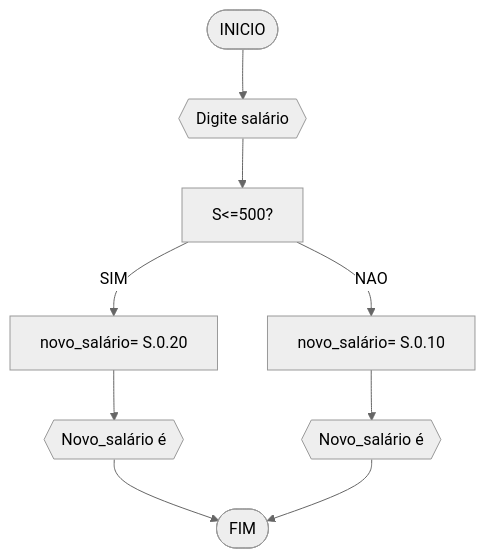
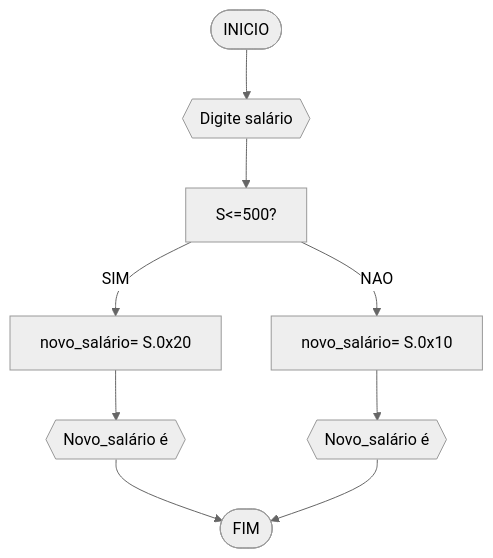
One commit to pedrotomezin/unifor changed the second of 4 diagrams in RLA/Unidade1/lista1.md. Above: the diagram before and after it, drawn with Mermaid (neutral theme).

````diff
--- a/RLA/Unidade1/lista1.md
+++ b/RLA/Unidade1/lista1.md
@@ -61,11 +61,11 @@
 ```mermaid
 flowchart TD
 A([INICIO]) --> B{{Digite salário}}
 B --> C[S<=500?]
-C --SIM--> D[novo_salário= S.0.20]
-C --NAO--> E[novo_salário= S.0.10]
+C --SIM--> D[novo_salário= S.0x20]
+C --NAO--> E[novo_salário= S.0x10]
 D --> F{{Novo_salário é}}
 E --> G{{Novo_salário é}}
 F --> H([FIM])
 G --> H
 ```
````
